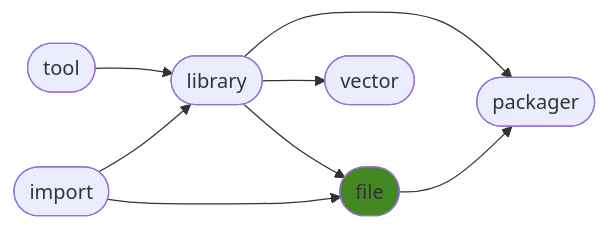
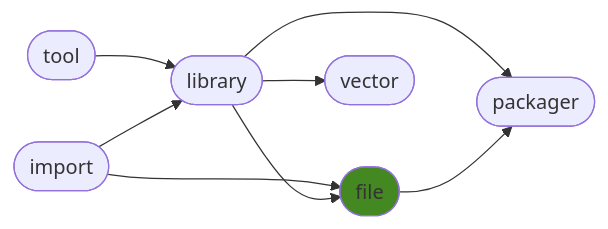
Before and after one commit to ManderaGeneral/generalfile: the diagram in README.md, drawn with Mermaid. The commit also changed other lines of this file, not shown here.

````diff
--- a/README.md
+++ b/README.md
@@ -24,17 +24,17 @@
 ```mermaid
 flowchart LR
+2([library]) --> 5([packager])
+2([library]) --> 4([vector])
+3([file]) --> 5([packager])
+0([import]) --> 3([file])
 1([tool]) --> 2([library])
-2([library]) --> 4([vector])
-2([library]) --> 5([packager])
+0([import]) --> 2([library])
 2([library]) --> 3([file])
-0([import]) --> 3([file])
-3([file]) --> 5([packager])
-0([import]) --> 2([library])
 click 0 "https://github.com/ManderaGeneral/generalimport"
 click 1 "https://github.com/ManderaGeneral/generaltool"
 click 2 "https://github.com/ManderaGeneral/generallibrary"
 click 3 "https://github.com/ManderaGeneral/generalfile"
 click 4 "https://github.com/ManderaGeneral/generalvector"
 click 5 "https://github.com/ManderaGeneral/generalpackager"
 style 3 fill:#482
 ```
````
